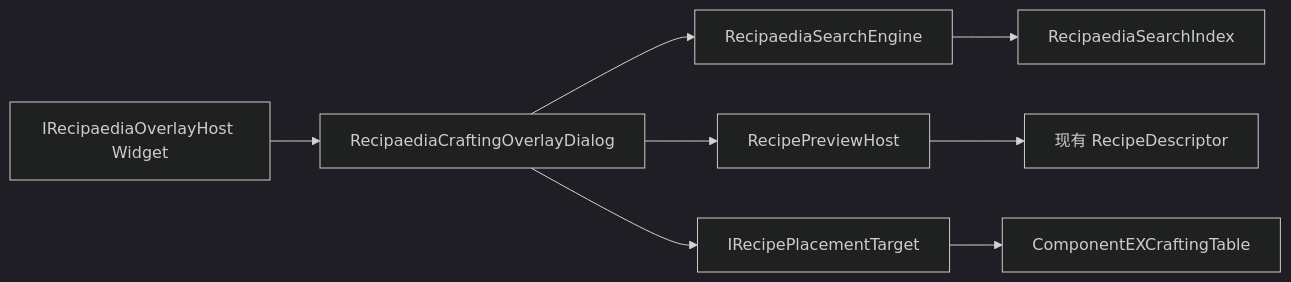
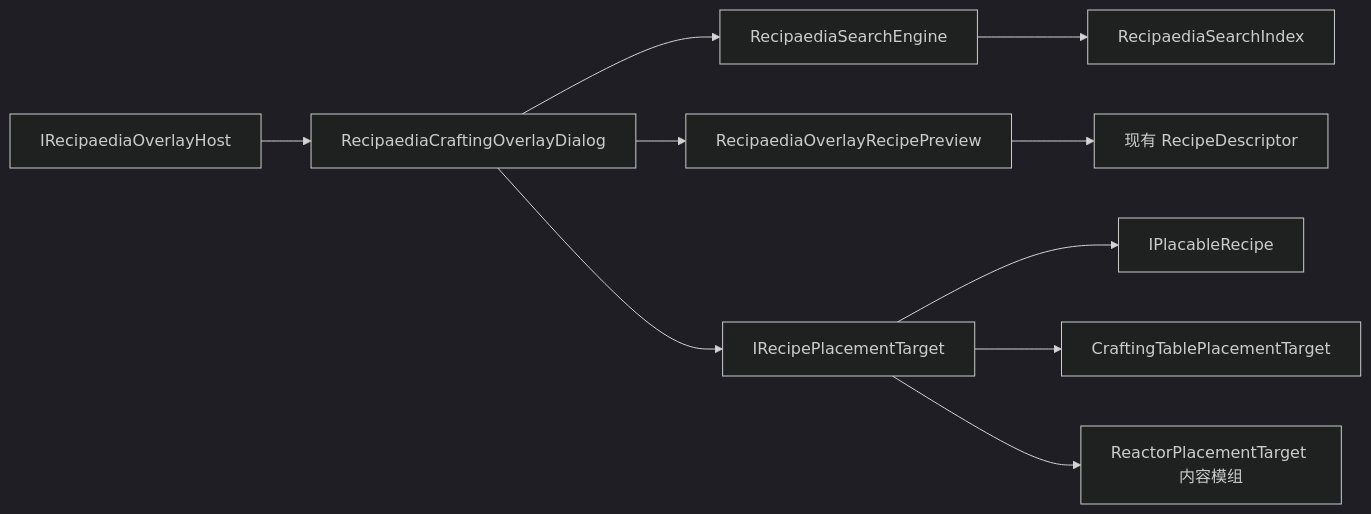
One commit to CS-LX/RecipaediaEX changed the second of 2 diagrams in docs/工作台悬浮助手策划.md. Above: the diagram before and after it, drawn with Mermaid (dark theme). The commit also changed other lines of this file and 4 other files, not shown here.

````diff
--- a/docs/工作台悬浮助手策划.md
+++ b/docs/工作台悬浮助手策划.md
@@ -174,16 +203,19 @@
 ```mermaid
 flowchart LR
-  Host[IRecipaediaOverlayHost Widget]
+  Host[IRecipaediaOverlayHost]
   Dialog[RecipaediaCraftingOverlayDialog]
   Engine[RecipaediaSearchEngine]
   Index[RecipaediaSearchIndex]
-  Preview[RecipePreviewHost]
+  Preview[RecipaediaOverlayRecipePreview]
   Place[IRecipePlacementTarget]
+  Placable[IPlacableRecipe]
   Host --> Dialog
   Dialog --> Engine
   Engine --> Index
   Dialog --> Preview
   Preview --> Descriptor[现有 RecipeDescriptor]
   Dialog --> Place
-  Place --> CraftComp[ComponentEXCraftingTable]
+  Place --> Placable
+  Place --> CraftTable[CraftingTablePlacementTarget]
+  Place --> Reactor[ReactorPlacementTarget 内容模组]
 ```
````
